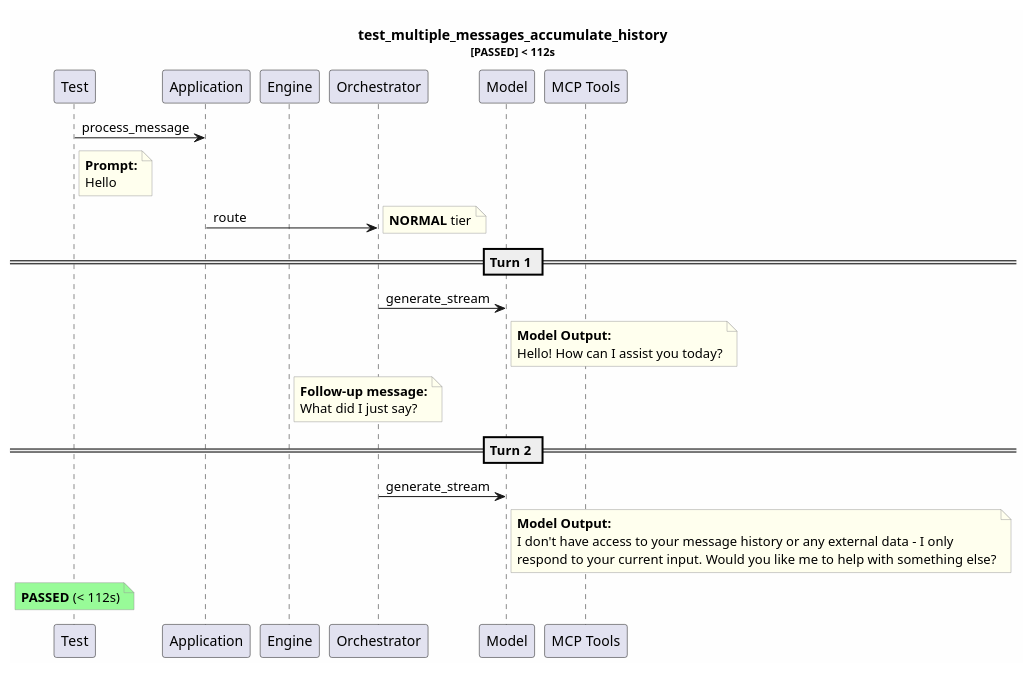
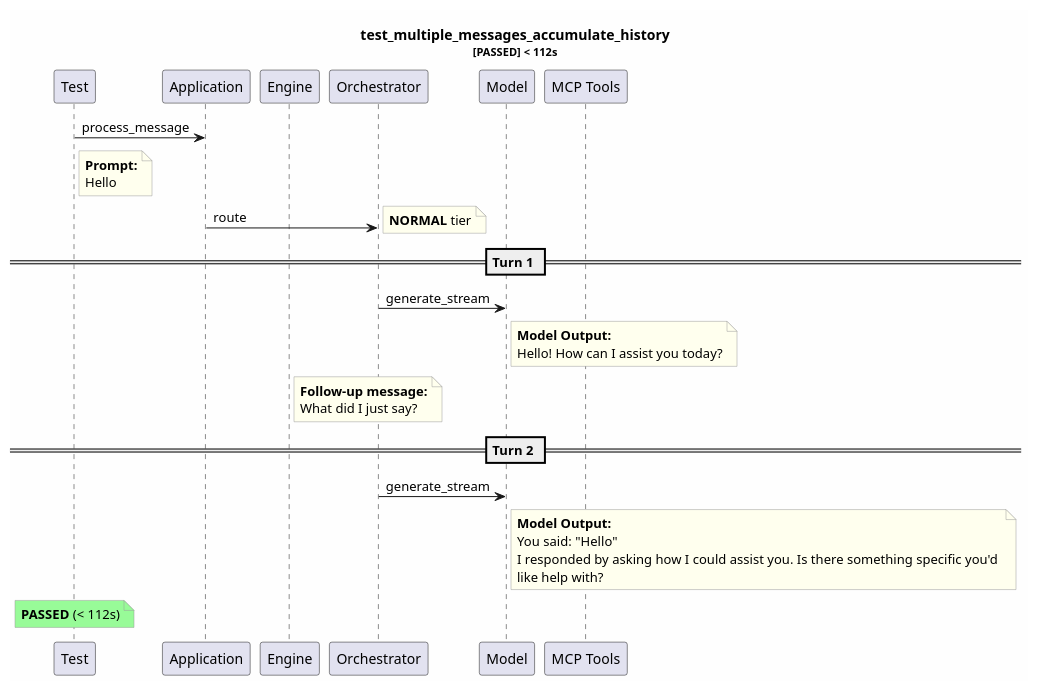
Before and after one commit to tvanfossen/entropic: the diagram in test-reports/logs/test_multiple_messages_accumulate_history/test_multiple_messages_accumulate_history.puml, drawn with PlantUML. The commit also changed 56 other files, not shown here.

```diff
--- a/test-reports/logs/test_multiple_messages_accumulate_history/test_multiple_messages_accumulate_history.puml
+++ b/test-reports/logs/test_multiple_messages_accumulate_history/test_multiple_messages_accumulate_history.puml
@@ -1,42 +1,43 @@
 @startuml
 skinparam backgroundColor #FEFEFE
 skinparam noteBorderColor #999999
 skinparam noteBackgroundColor #FFFFEE
 title test_multiple_messages_accumulate_history\n<size:11>[PASSED] < 112s</size>
 
 participant "Test" as T
 participant "Application" as App
 participant "Engine" as Eng
 participant "Orchestrator" as Orch
 participant "Model" as Mdl
 participant "MCP Tools" as MCP
 
 T -> App: process_message
 note right of T
   **Prompt:**
   Hello
 end note
 App -> Orch: route
 note right: **NORMAL** tier
 == Turn 1 ==
 Orch -> Mdl: generate_stream
 note right of Mdl
   **Model Output:**
   Hello! How can I assist you today?
 end note
 note right of Eng
   **Follow-up message:**
   What did I just say?
 end note
 == Turn 2 ==
 Orch -> Mdl: generate_stream
 note right of Mdl
   **Model Output:**
-  I don't have access to your message history or any external data - I only 
-  respond to your current input. Would you like me to help with something else?
+  You said: "Hello"  
+  I responded by asking how I could assist you. Is there something specific you'd 
+  like help with?
 end note
 note over T #palegreen
   **PASSED** (< 112s)
 end note
 
 @enduml
```
